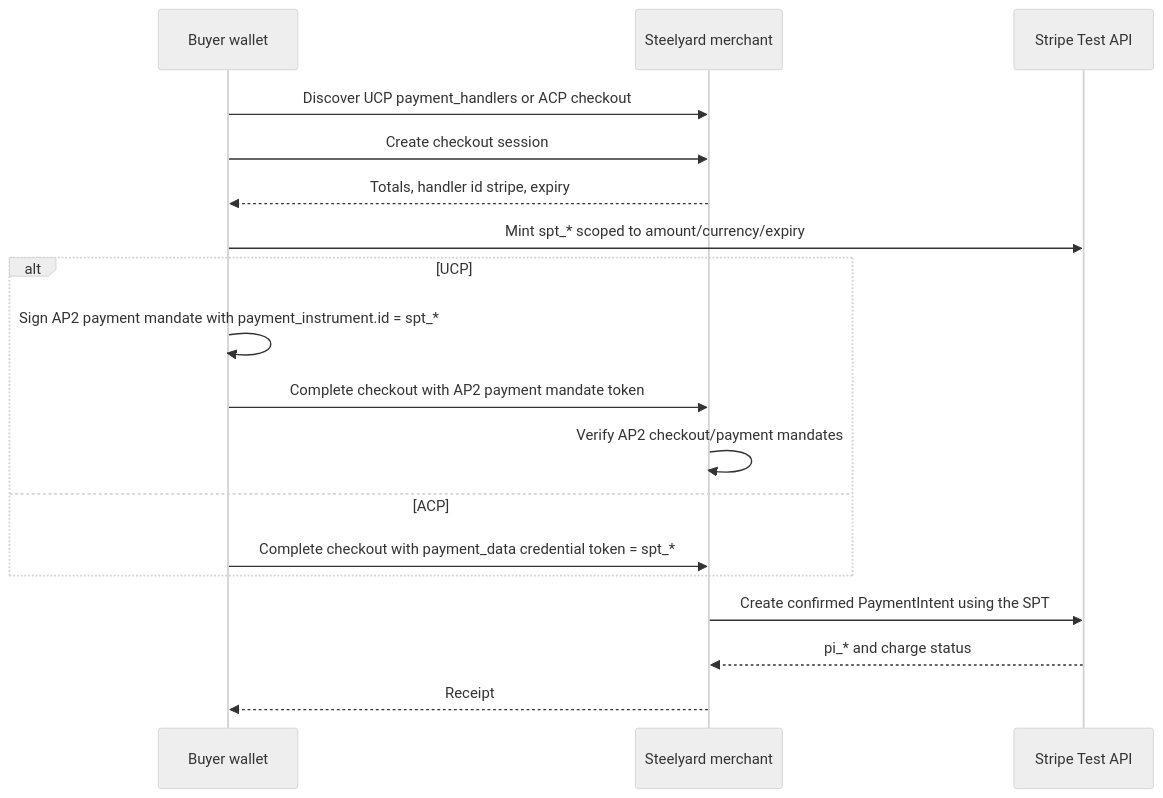
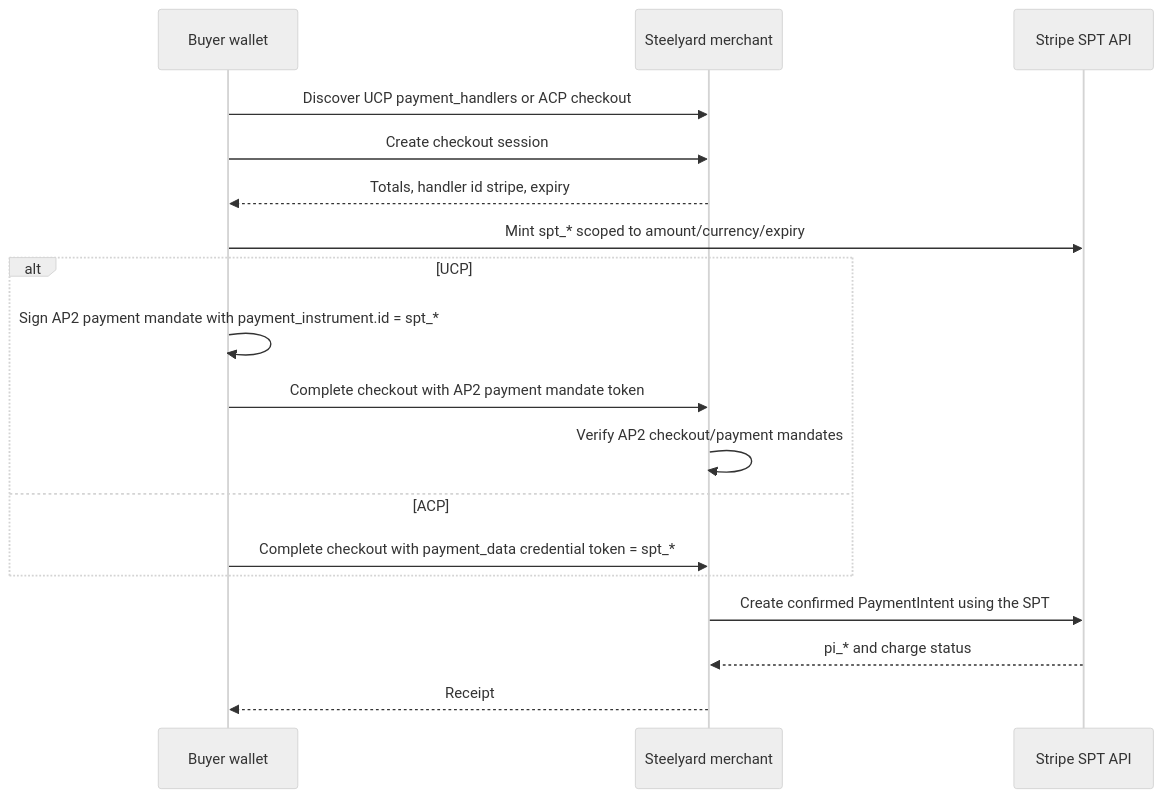
The diagram in docs/concepts/agentic-payment.md (steelyard-dev/steelyard-sdk), drawn with Mermaid (neutral theme) before and after one commit. The commit also changed other lines of this file and 8 other files, not shown here.

````diff
--- a/docs/concepts/agentic-payment.md
+++ b/docs/concepts/agentic-payment.md
@@ -16,21 +19,21 @@
 ```mermaid
 sequenceDiagram
   participant Buyer as Buyer wallet
   participant Merchant as Steelyard merchant
-  participant Stripe as Stripe Test API
+  participant Stripe as Stripe SPT API
 
   Buyer->>Merchant: Discover UCP payment_handlers or ACP checkout
   Buyer->>Merchant: Create checkout session
   Merchant-->>Buyer: Totals, handler id stripe, expiry
   Buyer->>Stripe: Mint spt_* scoped to amount/currency/expiry
   alt UCP
     Buyer->>Buyer: Sign AP2 payment mandate with payment_instrument.id = spt_*
     Buyer->>Merchant: Complete checkout with AP2 payment mandate token
     Merchant->>Merchant: Verify AP2 checkout/payment mandates
   else ACP
     Buyer->>Merchant: Complete checkout with payment_data credential token = spt_*
   end
   Merchant->>Stripe: Create confirmed PaymentIntent using the SPT
   Stripe-->>Merchant: pi_* and charge status
   Merchant-->>Buyer: Receipt
 ```
````
